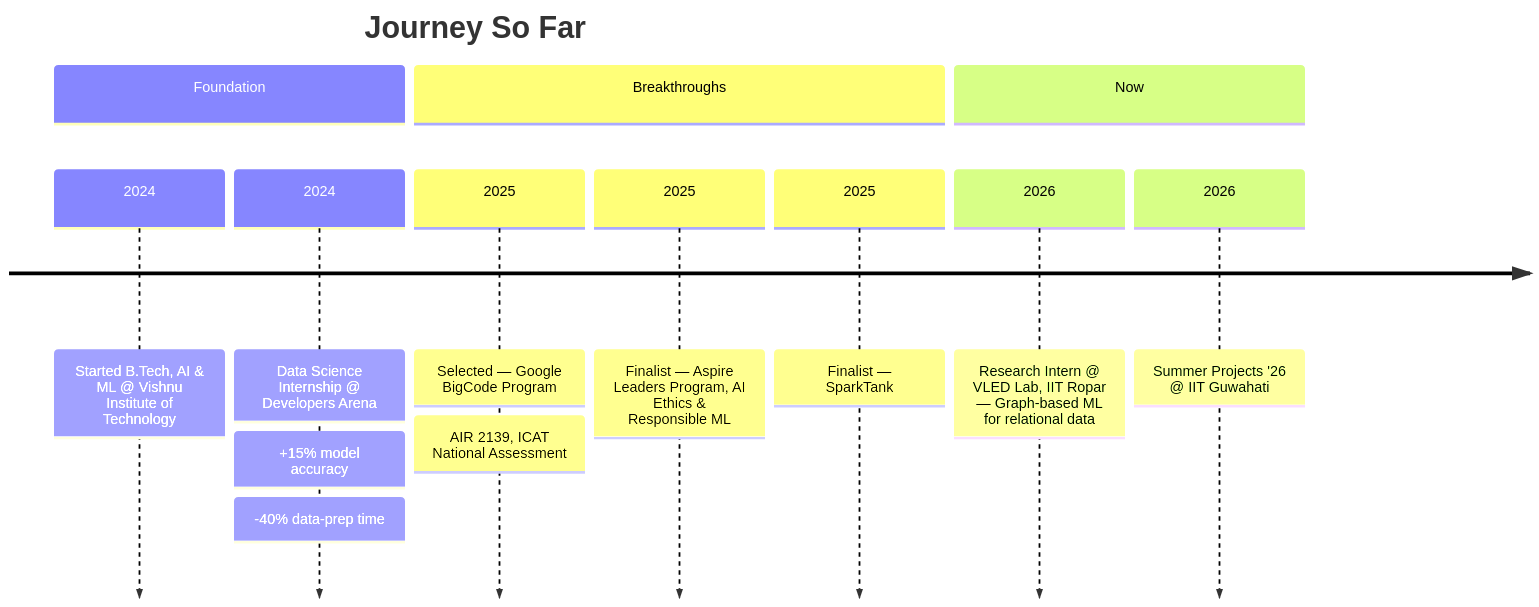
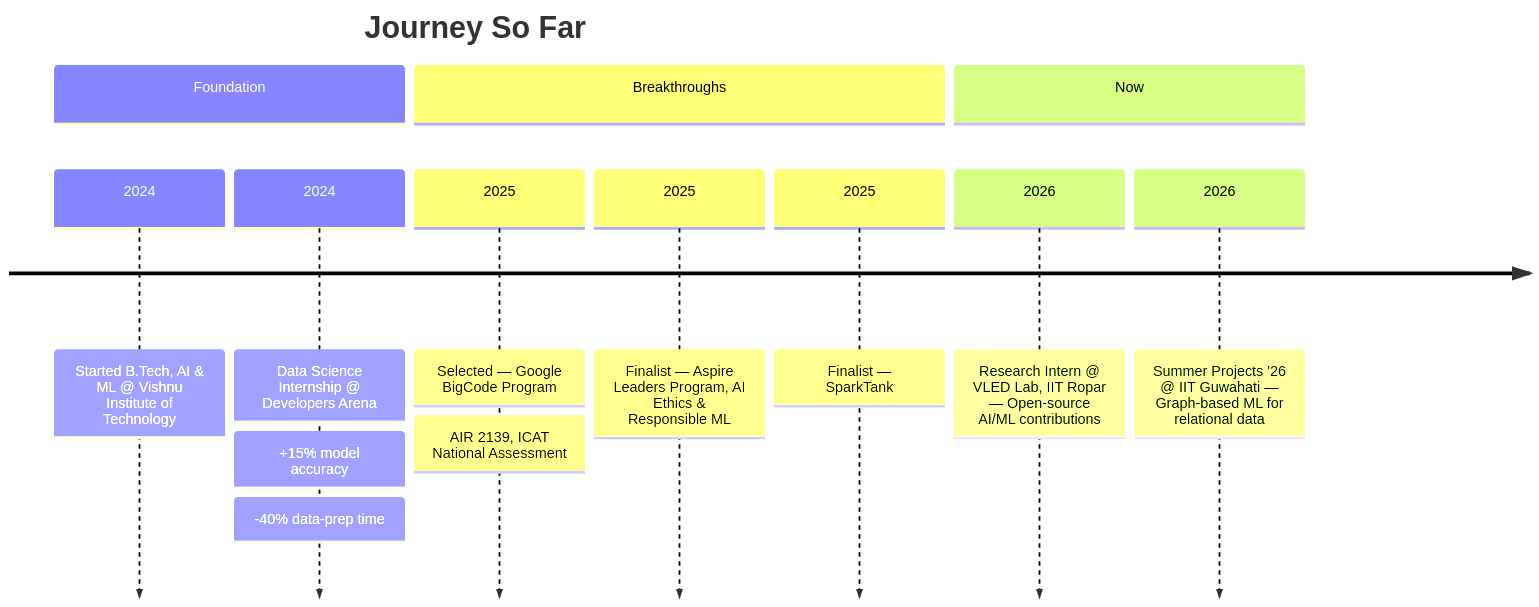
Before and after one commit to kanth071/kanth071: the second of 2 diagrams in README.md, drawn with Mermaid. The commit also changed other lines of this file, not shown here.

Commit message:
Update README: fix quote, remove Graph Analytics tag, correct IIT Ropar/Guwahati attribution, dedupe Journey section

````diff
--- a/README.md
+++ b/README.md
@@ -166,14 +168,14 @@
 ```mermaid
 timeline
 title Journey So Far
 section Foundation
 2024 : Started B.Tech, AI & ML @ Vishnu Institute of Technology
 2024 : Data Science Internship @ Developers Arena : +15% model accuracy : -40% data-prep time
 section Breakthroughs
 2025 : Selected — Google BigCode Program : AIR 2139, ICAT National Assessment
 2025 : Finalist — Aspire Leaders Program, AI Ethics & Responsible ML
 2025 : Finalist — SparkTank
 section Now
-2026 : Research Intern @ VLED Lab, IIT Ropar — Graph-based ML for relational data
-2026 : Summer Projects '26 @ IIT Guwahati
+2026 : Research Intern @ VLED Lab, IIT Ropar — Open-source AI/ML contributions
+2026 : Summer Projects '26 @ IIT Guwahati — Graph-based ML for relational data
 ```
````
